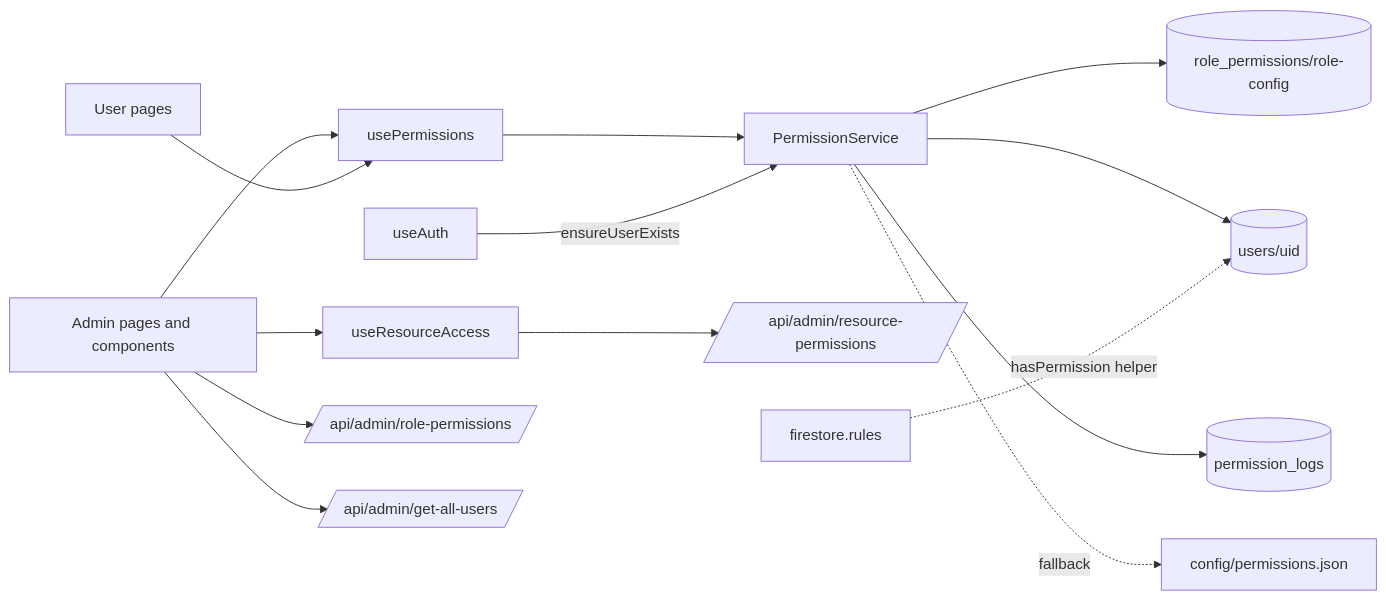
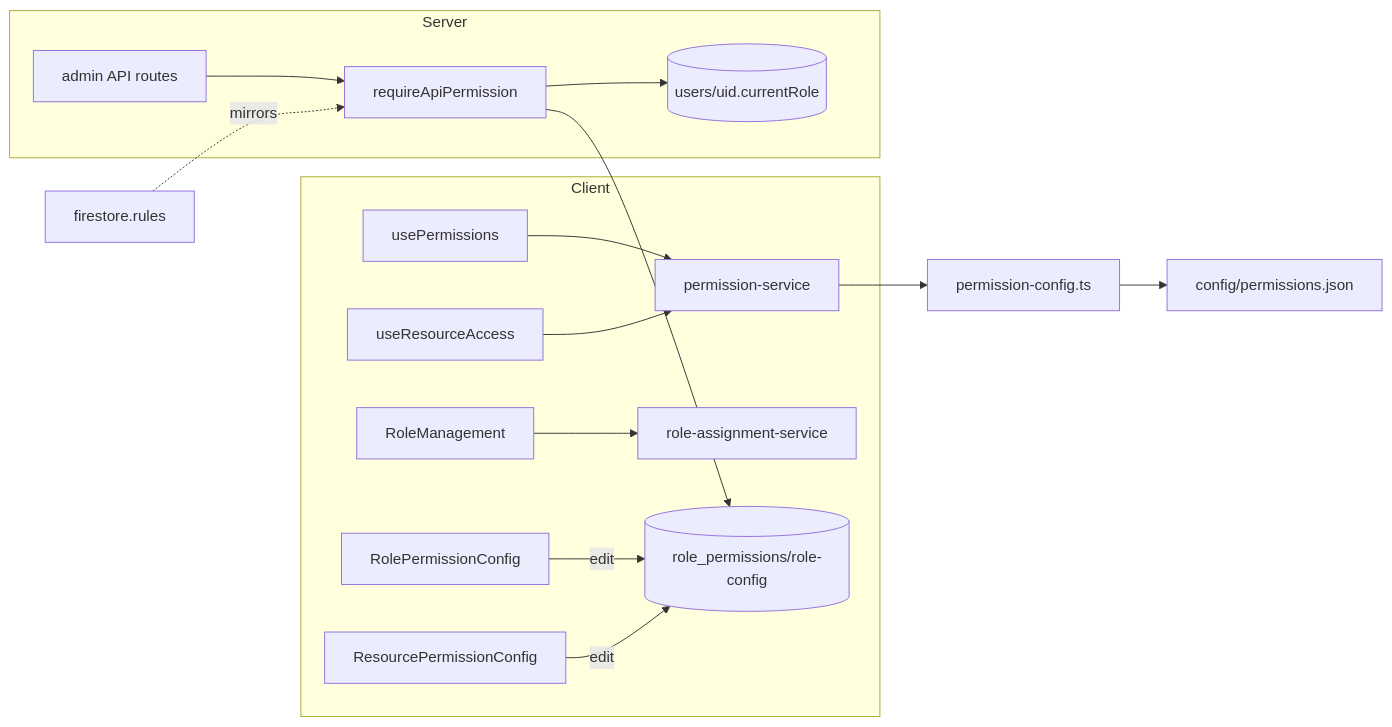
One commit to wwolfyy/mohocat changed the second of 2 diagrams in docs/codebase/permissions-and-roles.md. Above: the diagram before and after it, drawn with Mermaid. The commit also changed other lines of this file and 12 other files, not shown here.

````diff
--- a/docs/codebase/permissions-and-roles.md
+++ b/docs/codebase/permissions-and-roles.md
@@ -106,31 +57,18 @@
 ```mermaid
 graph LR
-    AdminUI[Admin pages and components]
-    UserUI[User pages]
-    UseAuth[useAuth]
-    UsePerms[usePermissions]
-    UseResource[useResourceAccess]
-    Svc[PermissionService]
-    ApiResource[/api/admin/resource-permissions/]
-    ApiRole[/api/admin/role-permissions/]
-    ApiUsers[/api/admin/get-all-users/]
-    ConfigJson[config/permissions.json]
-    RolesDoc[(role_permissions/role-config)]
-    UsersCol[(users/uid)]
-    Logs[(permission_logs)]
-    Rules[firestore.rules]
-
-    AdminUI --> UseResource
-    AdminUI --> UsePerms
-    UserUI --> UsePerms
-    UsePerms --> Svc
-    UseResource --> ApiResource
-    AdminUI --> ApiRole
-    AdminUI --> ApiUsers
-    Svc --> RolesDoc
-    Svc --> UsersCol
-    Svc --> Logs
-    Svc -.->|fallback| ConfigJson
-    UseAuth -->|ensureUserExists| Svc
-    Rules -.->|hasPermission helper| UsersCol
+    subgraph Client
+        usePermissions --> PermSvc[permission-service]
+        useResourceAccess --> PermSvc
+        RoleManagement --> RoleSvc[role-assignment-service]
+        RolePermissionConfig -->|edit| LiveMatrix[(role_permissions/role-config)]
+        ResourcePermissionConfig -->|edit| LiveMatrix
+    end
+    subgraph Server
+        Route[admin API routes] --> Guard[requireApiPermission]
+        Guard --> LiveMatrix
+        Guard --> Users[(users/uid.currentRole)]
+    end
+    PermSvc --> Config[permission-config.ts]
+    Config --> Seed[config/permissions.json]
+    Rules[firestore.rules] -.mirrors.-> Guard
 ```
````
